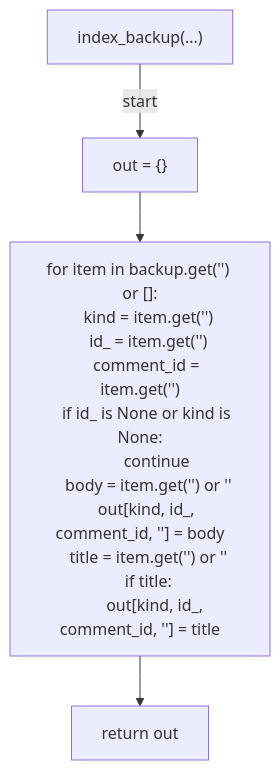
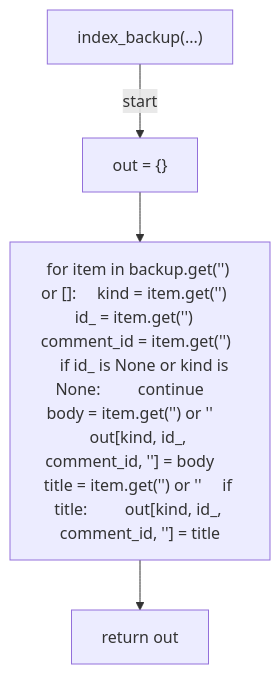
Before and after one commit to tvna/claude-md: the fourth of 19 diagrams in docs/generated/scripts/ast/sanitize_history.md, drawn with Mermaid. The commit also changed other lines of this file and 29 other files, not shown here.

First line of the commit message:
docs(generated): regenerate decision tree and workflow diagrams (batch 3/5)

````diff
--- a/docs/generated/scripts/ast/sanitize_history.md
+++ b/docs/generated/scripts/ast/sanitize_history.md
@@ -41,20 +41,10 @@
 ```mermaid
 flowchart TD
     N001["index_backup(...)"]
     N002["out = {}"]
-    N003["for item in backup.get('<str>') or []:
-    kind = item.get('<str>')
-    id_ = item.get('<str>')
-    comment_id = item.get('<str>')
-    if id_ is None or kind is None:
-        continue
-    body = item.get('<str>') or '<str>'
-    out[kind, id_, comment_id, '<str>'] = body
-    title = item.get('<str>') or '<str>'
-    if title:
-        out[kind, id_, comment_id, '<str>'] = title"]
+    N003["for item in backup.get('<str>') or []:     kind = item.get('<str>')     id_ = item.get('<str>')     comment_id = item.get('<str>')     if id_ is None or kind is None:         continue     body = item.get('<str>') or '<str>'     out[kind, id_, comment_id, '<str>'] = body     title = item.get('<str>') or '<str>'     if title:         out[kind, id_, comment_id, '<str>'] = title"]
     N004["return out"]
     N001 -->|"start"| N002
     N002 --> N003
     N003 --> N004
 ```
````
